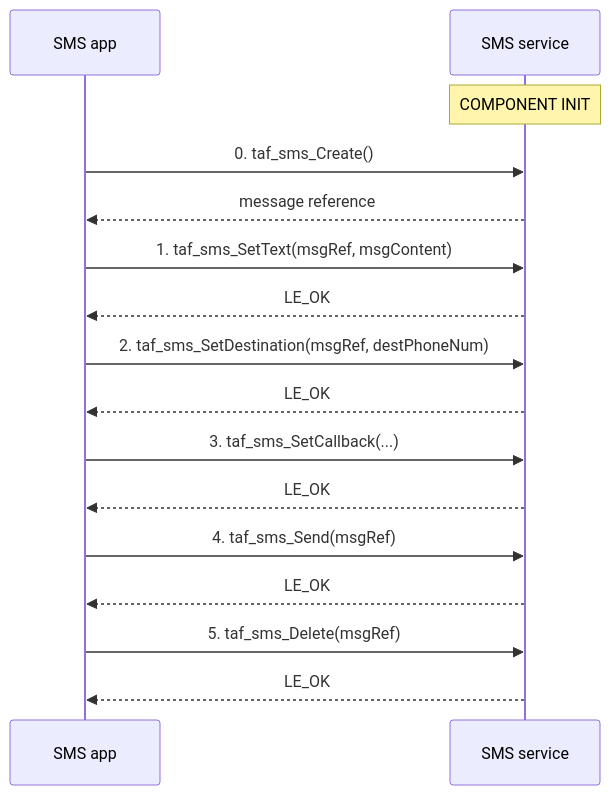
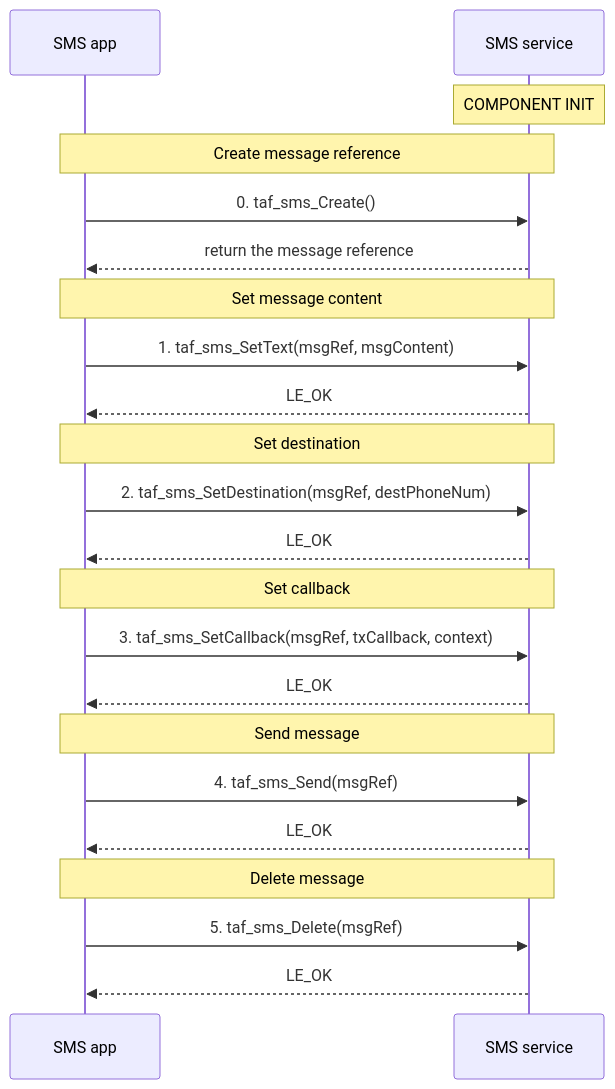
Before and after one commit to CodeLinaro-mirror/le_platform_TelAF: the first of 3 diagrams in doc/rst/sms.rst, drawn with Mermaid. The commit also changed other lines of this file and 6 other files, not shown here.

Commit message:
doc: Add Mermaid call flow diagrams for managed services

```diff
--- a/doc/rst/sms.rst
+++ b/doc/rst/sms.rst
@@ -11,25 +12,31 @@
-.. mermaid::
+    .. mermaid::
 
-   sequenceDiagram
-       participant App as SMS app
-       participant Svc as SMS service
+      sequenceDiagram
+          participant App as SMS app
+          participant Svc as SMS service
 
-       Note over Svc: COMPONENT INIT
+          Note over Svc: COMPONENT INIT
 
-       App->>Svc: 0. taf_sms_Create()
-       Svc-->>App: message reference
+          Note over App,Svc: Create message reference
+          App->>Svc: 0. taf_sms_Create()
+          Svc-->>App: return the message reference
 
-       App->>Svc: 1. taf_sms_SetText(msgRef, msgContent)
-       Svc-->>App: LE_OK
+          Note over App,Svc: Set message content
+          App->>Svc: 1. taf_sms_SetText(msgRef, msgContent)
+          Svc-->>App: LE_OK
 
-       App->>Svc: 2. taf_sms_SetDestination(msgRef, destPhoneNum)
-       Svc-->>App: LE_OK
+          Note over App,Svc: Set destination
+          App->>Svc: 2. taf_sms_SetDestination(msgRef, destPhoneNum)
+          Svc-->>App: LE_OK
 
-       App->>Svc: 3. taf_sms_SetCallback(...)
-       Svc-->>App: LE_OK
+          Note over App,Svc: Set callback
+          App->>Svc: 3. taf_sms_SetCallback(msgRef, txCallback, context)
+          Svc-->>App: LE_OK
 
-       App->>Svc: 4. taf_sms_Send(msgRef)
-       Svc-->>App: LE_OK
+          Note over App,Svc: Send message
+          App->>Svc: 4. taf_sms_Send(msgRef)
+          Svc-->>App: LE_OK
 
-       App->>Svc: 5. taf_sms_Delete(msgRef)
-       Svc-->>App: LE_OK
+          Note over App,Svc: Delete message
+          App->>Svc: 5. taf_sms_Delete(msgRef)
+          Svc-->>App: LE_OK
```
